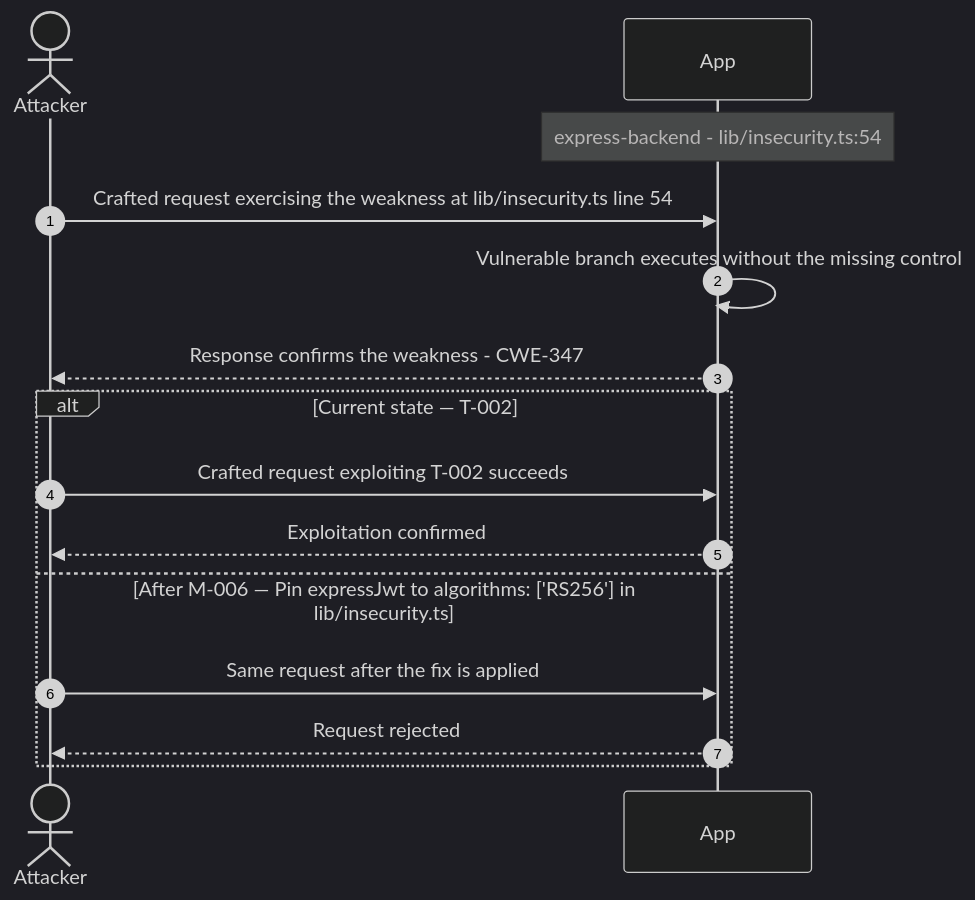
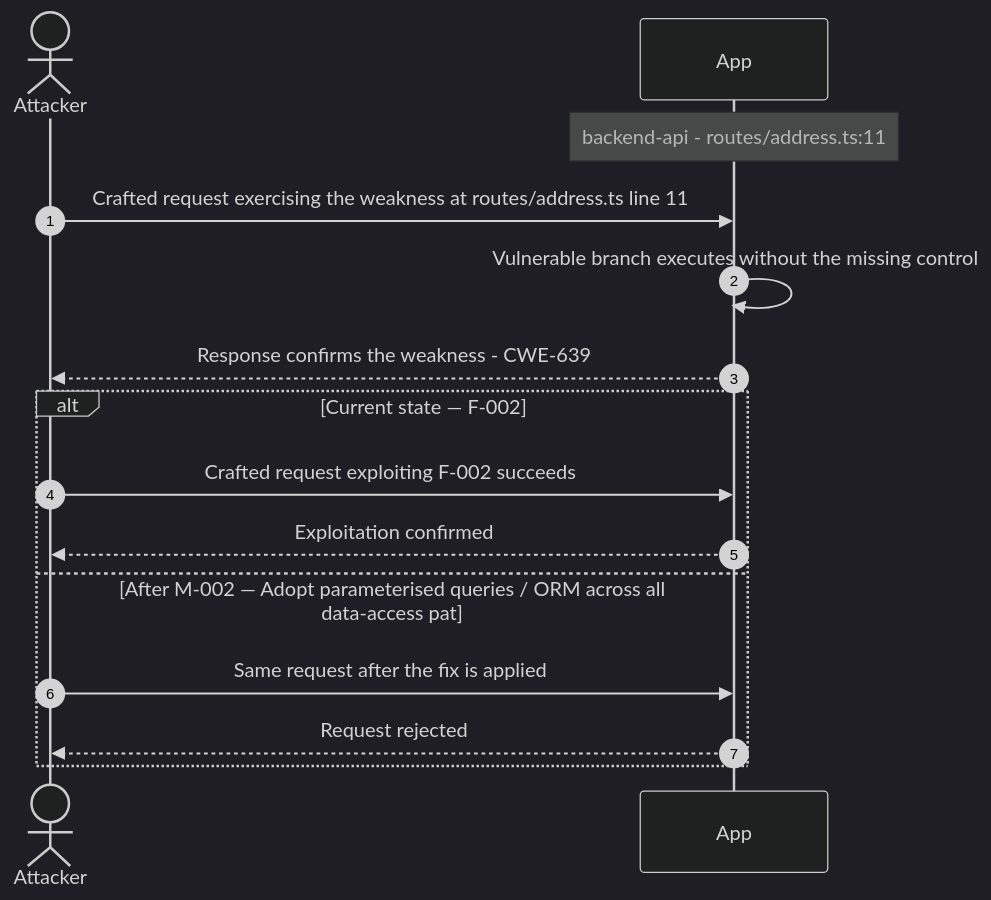
One commit to appsec-foundry/appsec-advisor changed the ninth of 27 diagrams in examples/threat-modeler/threat-model-juice-shop-standard.md. Above: the diagram before and after it, drawn with Mermaid (dark theme). The commit also changed other lines of this file and 3 other files, not shown here.

````diff
--- a/examples/threat-modeler/threat-model-juice-shop-standard.md
+++ b/examples/threat-modeler/threat-model-juice-shop-standard.md
@@ -542,17 +624,17 @@
 ```mermaid
 sequenceDiagram
     autonumber
     actor Attacker
     participant App
-    Note over App: express-backend - lib/insecurity.ts:54
-    Attacker->>App: Crafted request exercising the weakness at lib/insecurity.ts line 54
+    Note over App: backend-api - routes/address.ts:11
+    Attacker->>App: Crafted request exercising the weakness at routes/address.ts line 11
     App->>App: Vulnerable branch executes without the missing control
-    App-->>Attacker: Response confirms the weakness - CWE-347
-    alt Current state — T-002
-        Attacker->>App: Crafted request exploiting T-002 succeeds
+    App-->>Attacker: Response confirms the weakness - CWE-639
+    alt Current state — F-002
+        Attacker->>App: Crafted request exploiting F-002 succeeds
         App-->>Attacker: Exploitation confirmed
-    else After M-006 — Pin expressJwt to algorithms: ['RS256'] in lib/insecurity.ts
+    else After M-002 — Adopt parameterised queries / ORM across all data-access pat
         Attacker->>App: Same request after the fix is applied
         App-->>Attacker: Request rejected
     end
 ```
````
